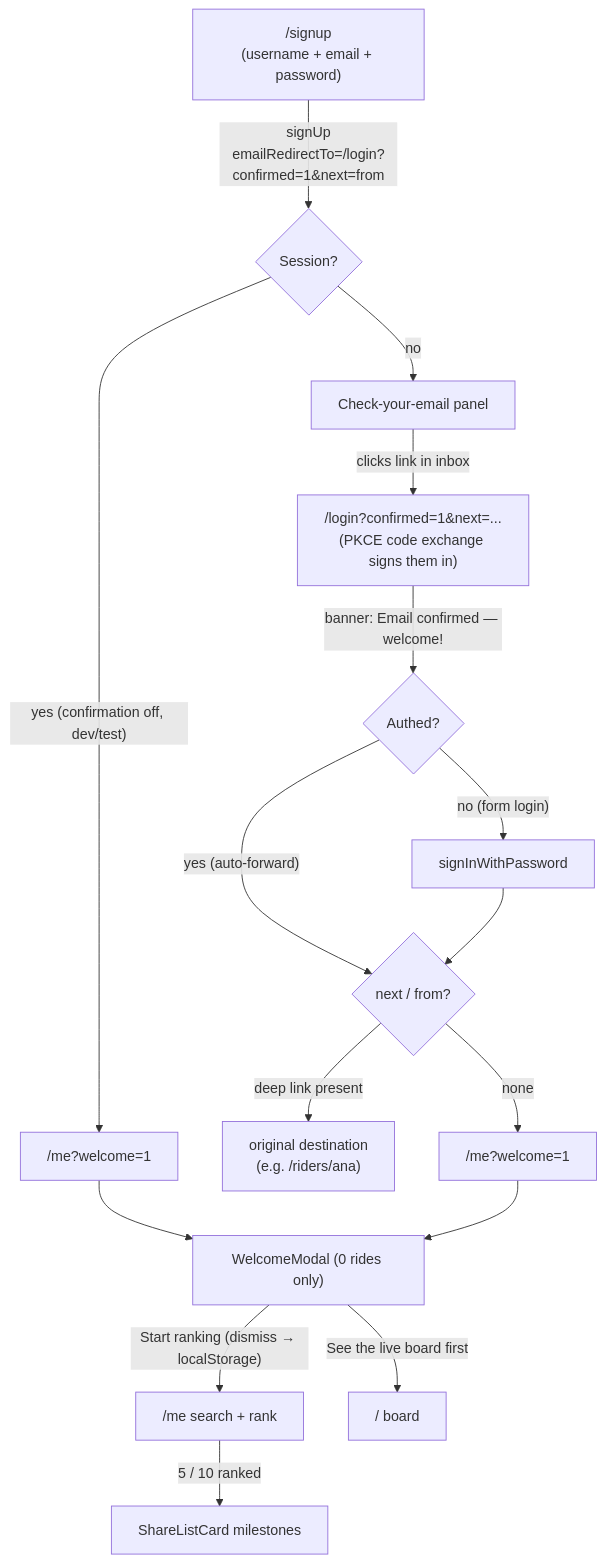
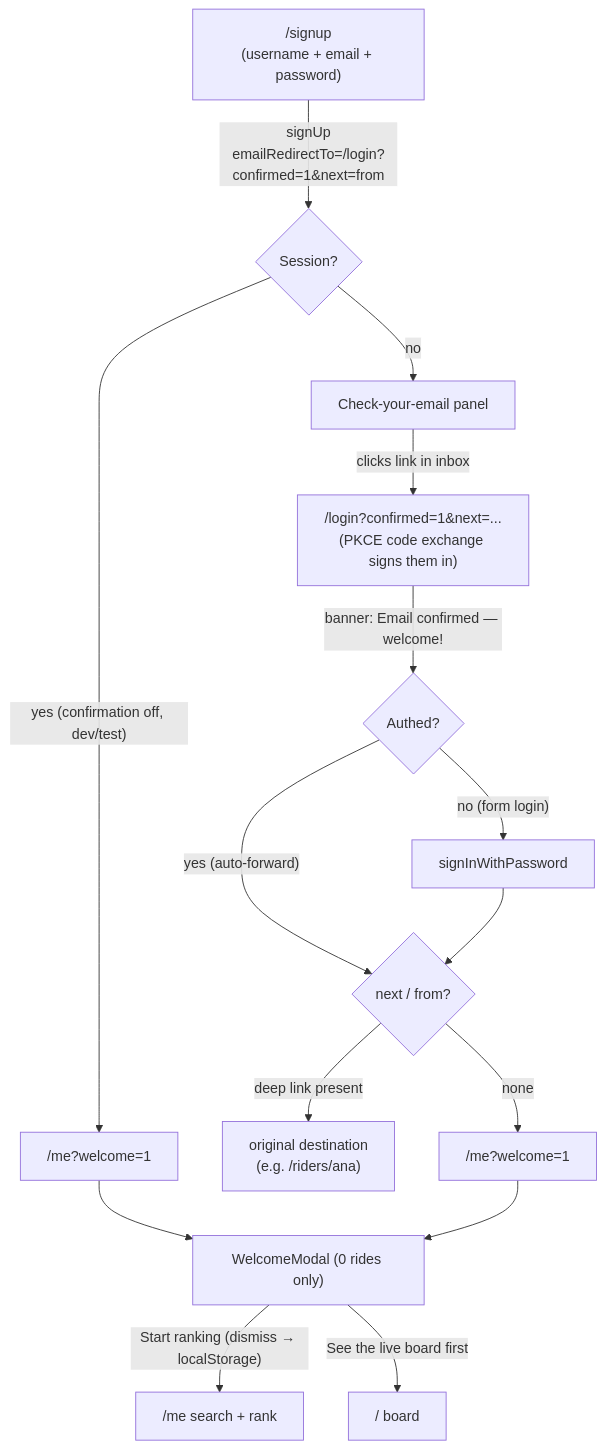
Before and after one commit to pandeiro/CoasterRank: the diagram in docs/previews/signup-welcome-flow/FLOW.md, drawn with Mermaid. The commit also changed 24 other files, not shown here.

````diff
--- a/docs/previews/signup-welcome-flow/FLOW.md
+++ b/docs/previews/signup-welcome-flow/FLOW.md
@@ -9,19 +9,18 @@
 ```mermaid
 flowchart TD
     S["/signup<br/>(username + email + password)"]
     S -->|"signUp<br/>emailRedirectTo=/login?confirmed=1&next=from"| M{Session?}
     M -->|"yes (confirmation off, dev/test)"| W1["/me?welcome=1"]
     M -->|"no"| E["Check-your-email panel"]
     E -->|"clicks link in inbox"| L["/login?confirmed=1&next=...<br/>(PKCE code exchange signs them in)"]
     L -->|"banner: Email confirmed — welcome!"| A{Authed?}
     A -->|"yes (auto-forward)"| D{"next / from?"}
     A -->|"no (form login)"| F["signInWithPassword"]
     F --> D
     D -->|"deep link present"| R["original destination<br/>(e.g. /riders/ana)"]
     D -->|"none"| W2["/me?welcome=1"]
     W1 --> WM["WelcomeModal (0 rides only)"]
     W2 --> WM
     WM -->|"Start ranking (dismiss → localStorage)"| ME["/me search + rank"]
     WM -->|"See the live board first"| B["/ board"]
-    ME -->|"5 / 10 ranked"| SH["ShareListCard milestones"]
 ```
````
